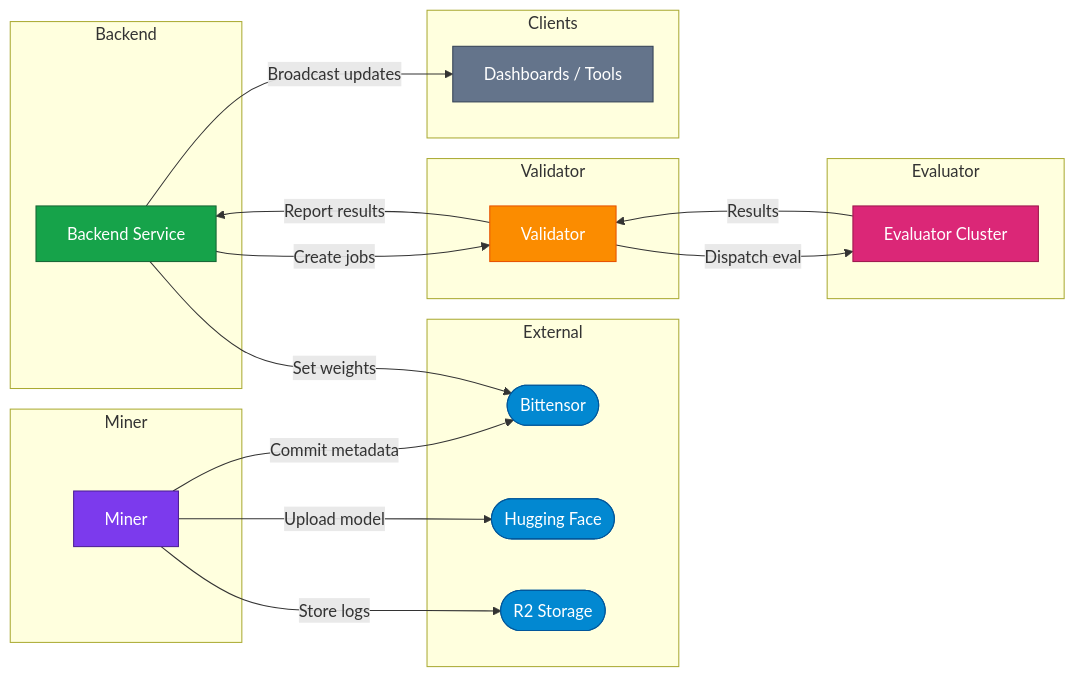
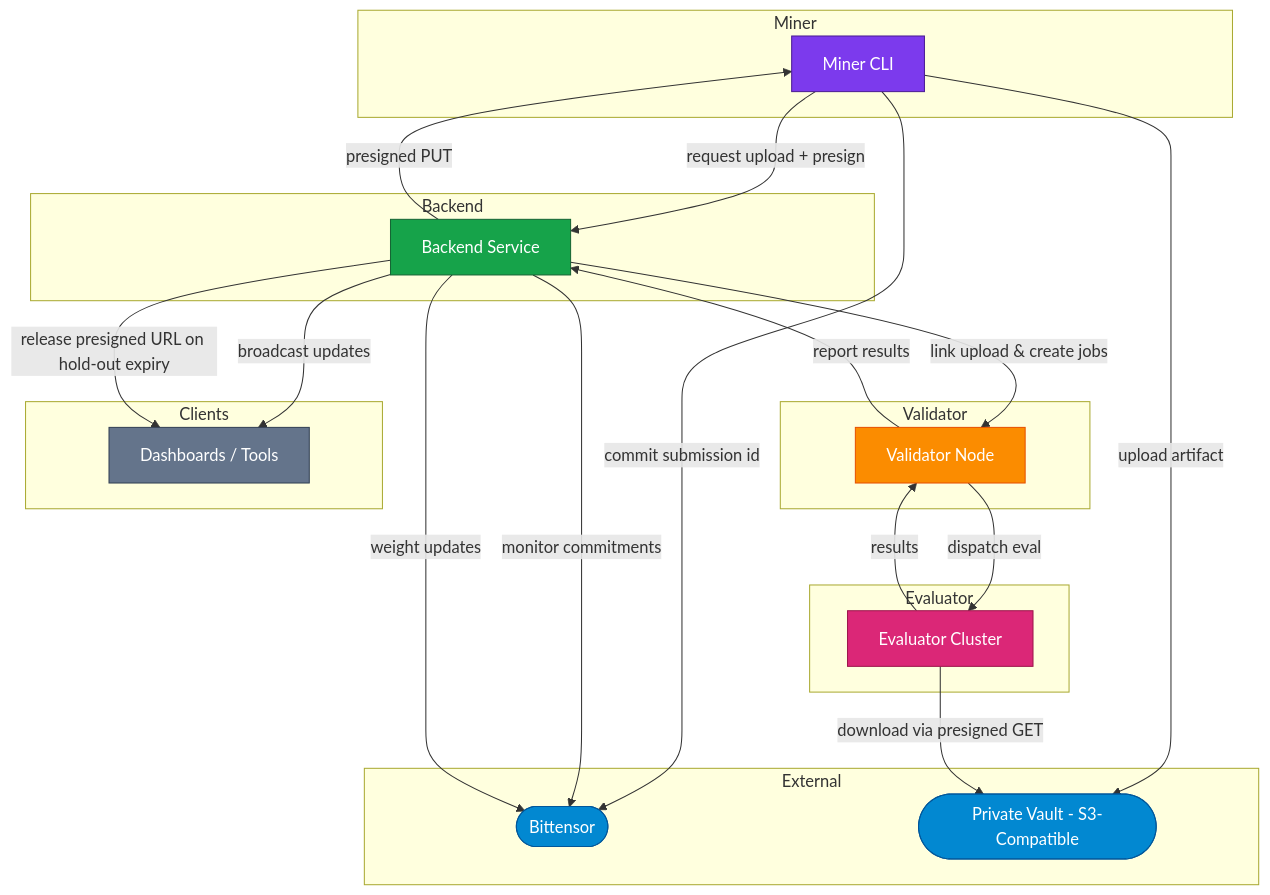
One commit to RHTechConsulting/kinitro changed the first of 2 diagrams in docs/architecture/introduction.md. Above: the diagram before and after it, drawn with Mermaid. The commit also changed other lines of this file and 21 other files, not shown here.

First line of the commit message:
feat: miner submission hold-out system (#39)

````diff
--- a/docs/architecture/introduction.md
+++ b/docs/architecture/introduction.md
@@ -18,48 +18,53 @@
 ```mermaid
-flowchart LR
+flowchart TD
 
   %% External systems
   subgraph EXT[External]
     BT([Bittensor]):::external
-    HF([Hugging Face]):::external
-    R2([R2 Storage]):::external
+    R2([Private Vault - S3-Compatible]):::external
   end
 
   %% Core systems
   subgraph MNR[Miner]
-    MIN["Miner"]:::miner
+    MIN["Miner CLI"]:::miner
   end
   subgraph BE[Backend]
     BEC["Backend Service"]:::backend
   end
   subgraph VAL[Validator]
-    VALN["Validator"]:::validator
+    VALN["Validator Node"]:::validator
   end
   subgraph EVAL[Evaluator]
     EVN["Evaluator Cluster"]:::evaluator
   end
   subgraph OBS[Clients]
     CLN["Dashboards / Tools"]:::clients
   end
 
-  %% Simplified flows
-  MIN -- "Commit metadata" --> BT
-  MIN -- "Upload model" --> HF
-  MIN -- "Store logs" --> R2
+  %% Submission + hold-out
+  MIN -- "request upload + presign" --> BEC
+  BEC -- "presigned PUT" --> MIN
+  MIN -- "upload artifact" --> R2
+  MIN -- "commit submission id" --> BT
+  BEC -- "monitor commitments" --> BT
+  BEC -- "link upload & create jobs" --> VALN
 
-  BEC -- "Create jobs" --> VALN
-  VALN -- "Dispatch eval" --> EVN
-  EVN -- "Results" --> VALN
-  VALN -- "Report results" --> BEC
+  %% Evaluation loop
+  VALN -- "dispatch eval" --> EVN
+  EVN -- "download via presigned GET" --> R2
+  EVN -- "results" --> VALN
+  VALN -- "report results" --> BEC
 
-  BEC -- "Broadcast updates" --> CLN
-  BEC -- "Set weights" --> BT
+  %% Outputs
+  BEC -- "broadcast updates" --> CLN
+  BEC -- "weight updates" --> BT
+  BEC -- "release presigned URL on hold-out expiry" --> CLN
 
   %% Styles
   classDef external fill:#0288d1,stroke:#01579b,color:#fff
   classDef miner fill:#7c3aed,stroke:#4c1d95,color:#fff
   classDef backend fill:#16a34a,stroke:#166534,color:#fff
   classDef validator fill:#fb8c00,stroke:#e65100,color:#fff
   classDef evaluator fill:#db2777,stroke:#9d174d,color:#fff
   classDef clients fill:#64748b,stroke:#334155,color:#fff
 ```
````
